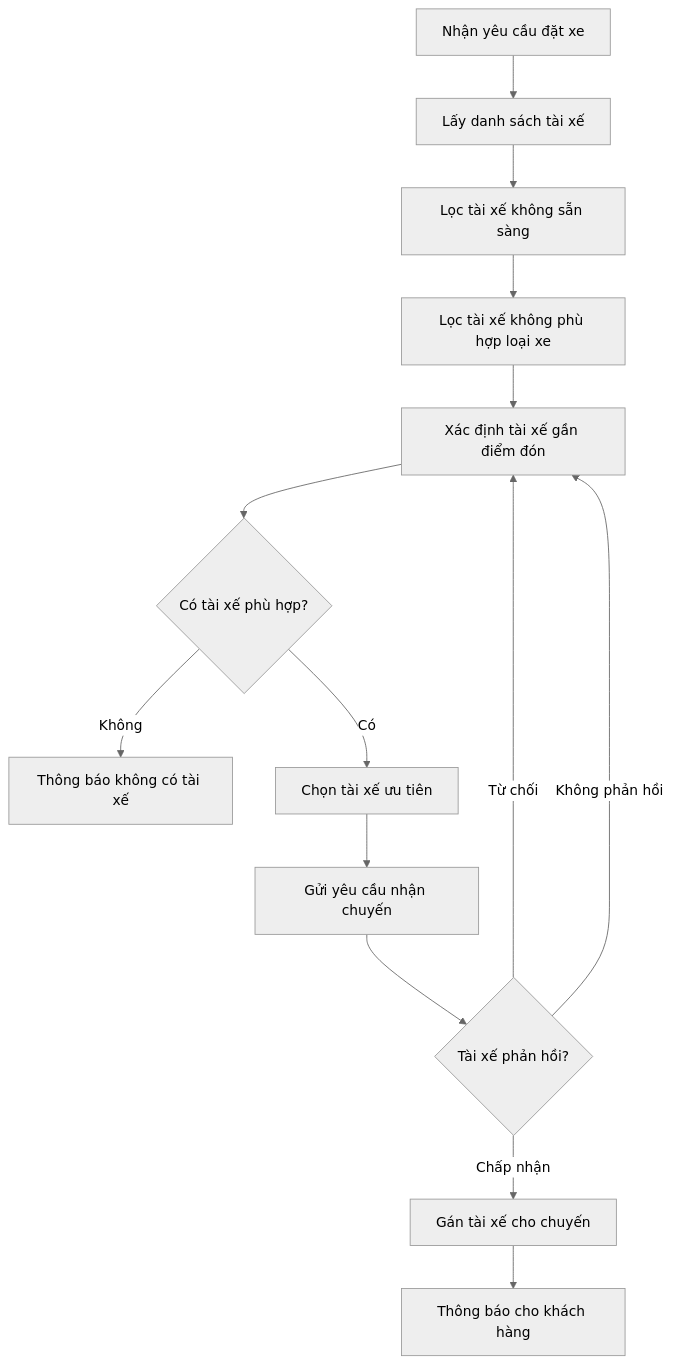
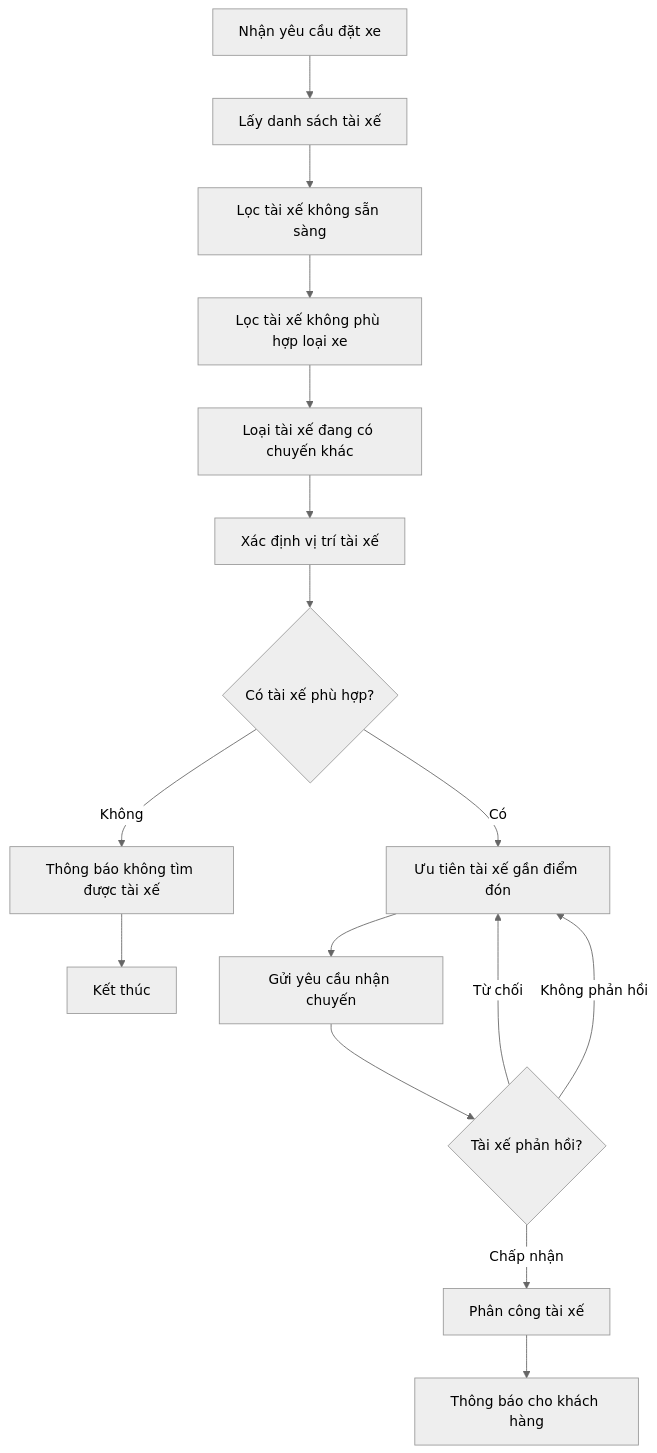
Before and after one commit to tuyetsang-sun/23663021_DaoThiTuyetSang_CABSYSTEM: the fifth of 7 diagrams in SRS.md, drawn with Mermaid (neutral theme). The commit also changed other lines of this file, not shown here.

````diff
--- a/SRS.md
+++ b/SRS.md
@@ -348,20 +397,22 @@
 ```mermaid
 flowchart TD
     A["Nhận yêu cầu đặt xe"] --> B["Lấy danh sách tài xế"]
     B --> C["Lọc tài xế không sẵn sàng"]
     C --> D["Lọc tài xế không phù hợp loại xe"]
-    D --> E["Xác định tài xế gần điểm đón"]
-    E --> F{"Có tài xế phù hợp?"}
+    D --> E["Loại tài xế đang có chuyến khác"]
+    E --> F["Xác định vị trí tài xế"]
+    F --> G{"Có tài xế phù hợp?"}
 
-    F -->|Không| G["Thông báo không có tài xế"]
-    F -->|Có| H["Chọn tài xế ưu tiên"]
-    H --> I["Gửi yêu cầu nhận chuyến"]
+    G -->|Không| H["Thông báo không tìm được tài xế"]
+    H --> I["Kết thúc"]
 
-    I --> J{"Tài xế phản hồi?"}
+    G -->|Có| J["Ưu tiên tài xế gần điểm đón"]
+    J --> K["Gửi yêu cầu nhận chuyến"]
+    K --> L{"Tài xế phản hồi?"}
 
-    J -->|Chấp nhận| K["Gán tài xế cho chuyến"]
-    J -->|Từ chối| E
-    J -->|Không phản hồi| E
+    L -->|Chấp nhận| M["Phân công tài xế"]
+    L -->|Từ chối| J
+    L -->|Không phản hồi| J
 
-    K --> L["Thông báo cho khách hàng"]
+    M --> N["Thông báo cho khách hàng"]
 ```
````
